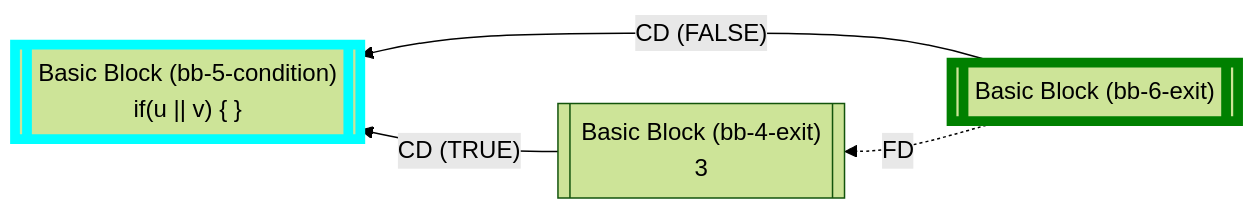
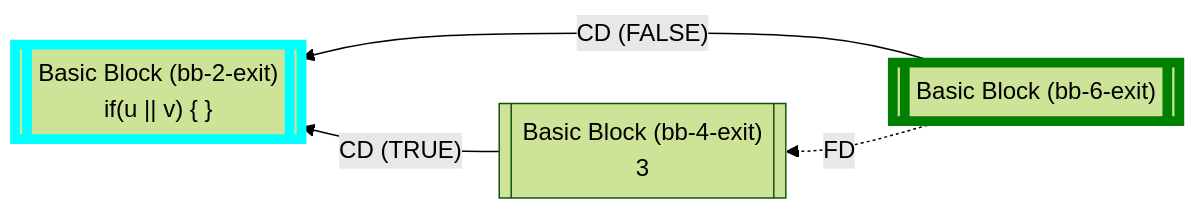
The fifth of 23 diagrams in wiki/Control Flow Graph.md (flowr-analysis/flowr), drawn with Mermaid (forest theme) before and after one commit. The commit also changed other lines of this file and 2 other files, not shown here.

````diff
--- a/wiki/Control Flow Graph.md
+++ b/wiki/Control Flow Graph.md
@@ -298,13 +292,13 @@
 ```mermaid
 flowchart RL
-    nbb-5-condition[["`Basic Block (bb-5-condition)
+    nbb-2-exit[["`Basic Block (bb-2-exit)
 if(u || v) #123; #125;`"]]
     nbb-4-exit[["`Basic Block (bb-4-exit)
 3`"]]
     nbb-6-exit[["`Basic Block (bb-6-exit)
 `"]]
     nbb-6-exit -.->|"FD"| nbb-4-exit
-    nbb-6-exit -->|"CD (FALSE)"| nbb-5-condition
-    nbb-4-exit -->|"CD (TRUE)"| nbb-5-condition
-    style nbb-5-condition stroke:cyan,stroke-width:6.5px;    style nbb-6-exit stroke:green,stroke-width:6.5px;
+    nbb-6-exit -->|"CD (FALSE)"| nbb-2-exit
+    nbb-4-exit -->|"CD (TRUE)"| nbb-2-exit
+    style nbb-2-exit stroke:cyan,stroke-width:6.5px;    style nbb-6-exit stroke:green,stroke-width:6.5px;
 ```
````
